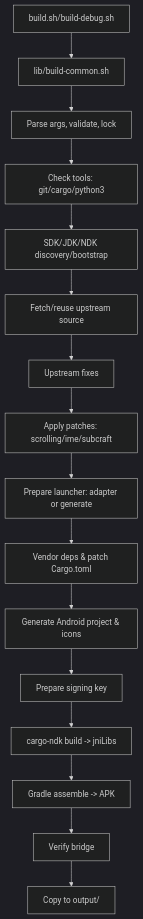
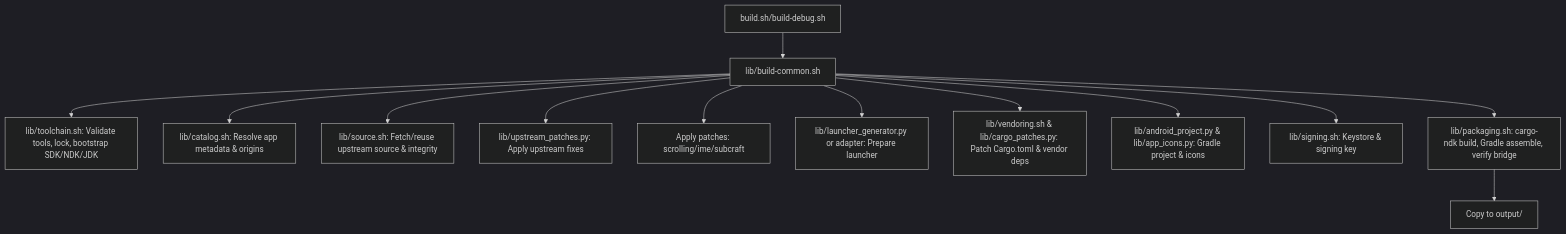
The diagram in architecture.md (MostafaXS1/artcraft-android), drawn with Mermaid (dark theme) before and after one commit. The commit also changed other lines of this file and 6 other files, not shown here.

First line of the commit message:
docs(core): update architecture, agents, test, and porting docs for build decentralization

````diff
--- a/architecture.md
+++ b/architecture.md
@@ -134,18 +150,15 @@
 ```mermaid
 flowchart TD
   A[build.sh/build-debug.sh] --> B[lib/build-common.sh]
-  B --> C[Parse args, validate, lock]
-  C --> D[Check tools: git/cargo/python3]
-  D --> E[SDK/JDK/NDK discovery/bootstrap]
-  E --> F[Fetch/reuse upstream source]
-  F --> G[Upstream fixes]
-  G --> H[Apply patches: scrolling/ime/subcraft]
-  H --> I[Prepare launcher: adapter or generate]
-  I --> J[Vendor deps & patch Cargo.toml]
-  J --> K[Generate Android project & icons]
-  K --> L[Prepare signing key]
-  L --> M[cargo-ndk build -> jniLibs]
-  M --> N[Gradle assemble -> APK]
-  N --> O[Verify bridge]
-  O --> P[Copy to output/]
+  B --> C[lib/toolchain.sh: Validate tools, lock, bootstrap SDK/NDK/JDK]
+  B --> D[lib/catalog.sh: Resolve app metadata & origins]
+  B --> E[lib/source.sh: Fetch/reuse upstream source & integrity]
+  B --> F[lib/upstream_patches.py: Apply upstream fixes]
+  B --> G[Apply patches: scrolling/ime/subcraft]
+  B --> H[lib/launcher_generator.py or adapter: Prepare launcher]
+  B --> I[lib/vendoring.sh & lib/cargo_patches.py: Patch Cargo.toml & vendor deps]
+  B --> J[lib/android_project.py & lib/app_icons.py: Gradle project & icons]
+  B --> K[lib/signing.sh: Keystore & signing key]
+  B --> L[lib/packaging.sh: cargo-ndk build, Gradle assemble, verify bridge]
+  L --> M[Copy to output/]
 ```
````
